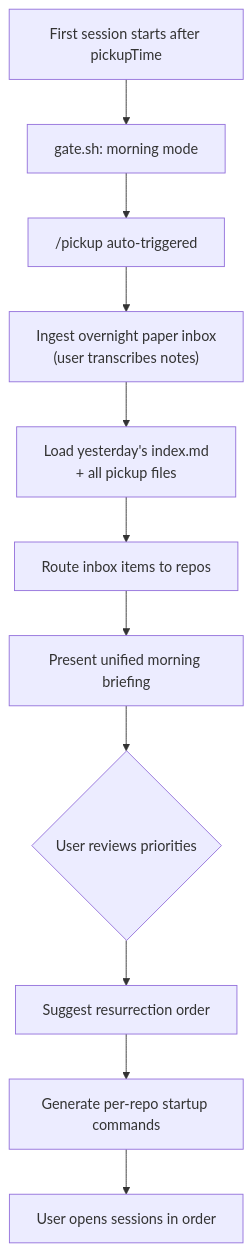
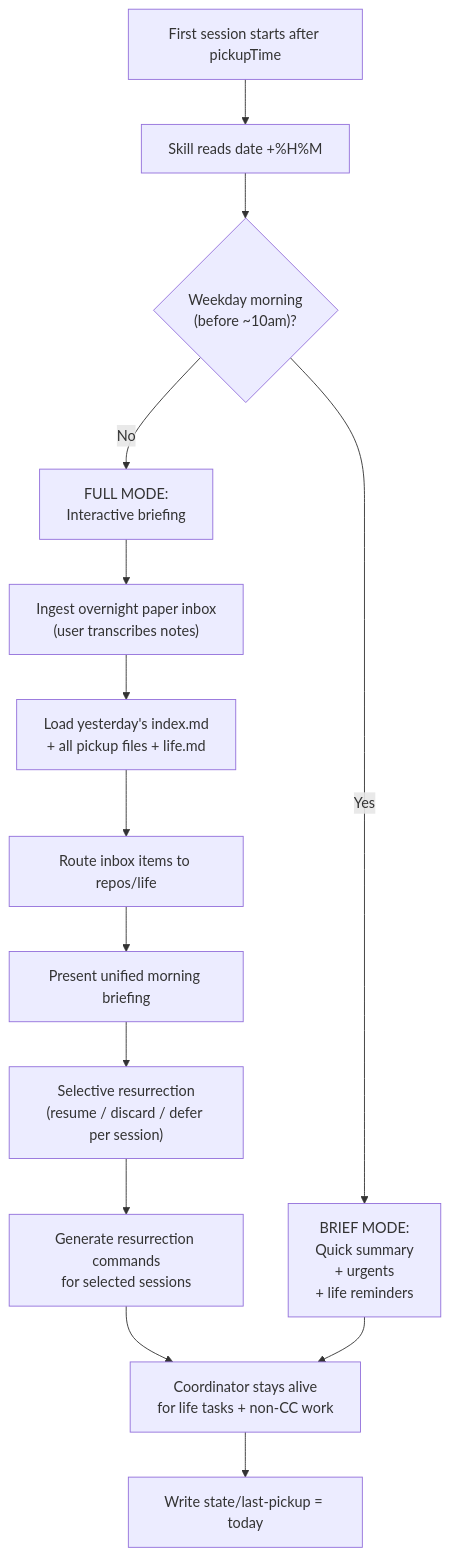
The second of 2 diagrams in plan-shutdown-pickup.md (kaiwen180/shutdown), drawn with Mermaid before and after one commit. The commit also changed other lines of this file and 4 other files, not shown here.

````diff
--- a/plan-shutdown-pickup.md
+++ b/plan-shutdown-pickup.md
@@ -210,13 +375,16 @@
 ```mermaid
 flowchart TD
-    A[First session starts after pickupTime] --> B[gate.sh: morning mode]
-    B --> C["/pickup auto-triggered"]
-    C --> D["Ingest overnight paper inbox<br/>(user transcribes notes)"]
-    D --> E["Load yesterday's index.md<br/>+ all pickup files"]
-    E --> F["Route inbox items to repos"]
-    F --> G["Present unified morning briefing"]
-    G --> H{"User reviews priorities"}
-    H --> I["Suggest resurrection order"]
-    I --> J["Generate per-repo startup commands"]
-    J --> K["User opens sessions in order"]
+    A["First session starts after pickupTime"] --> B["Skill reads date +%H%M"]
+    B --> C{"Weekday morning\n(before ~10am)?"}
+    C -->|Yes| D["BRIEF MODE:\nQuick summary\n+ urgents\n+ life reminders"]
+    C -->|No| E["FULL MODE:\nInteractive briefing"]
+    E --> F["Ingest overnight paper inbox\n(user transcribes notes)"]
+    F --> G["Load yesterday's index.md\n+ all pickup files + life.md"]
+    G --> H["Route inbox items to repos/life"]
+    H --> I["Present unified morning briefing"]
+    I --> J["Selective resurrection\n(resume / discard / defer per session)"]
+    J --> K["Generate resurrection commands\nfor selected sessions"]
+    K --> L["Coordinator stays alive\nfor life tasks + non-CC work"]
+    D --> L
+    L --> M["Write state/last-pickup = today"]
 ```
````
